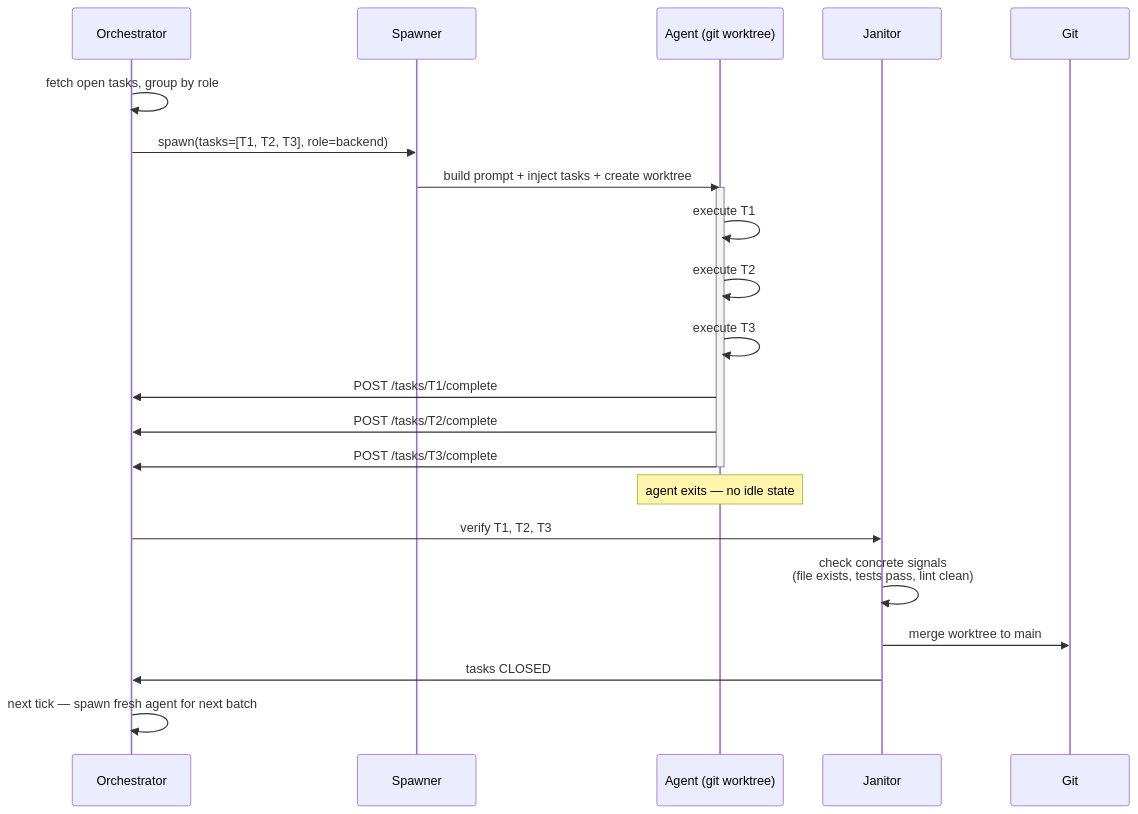
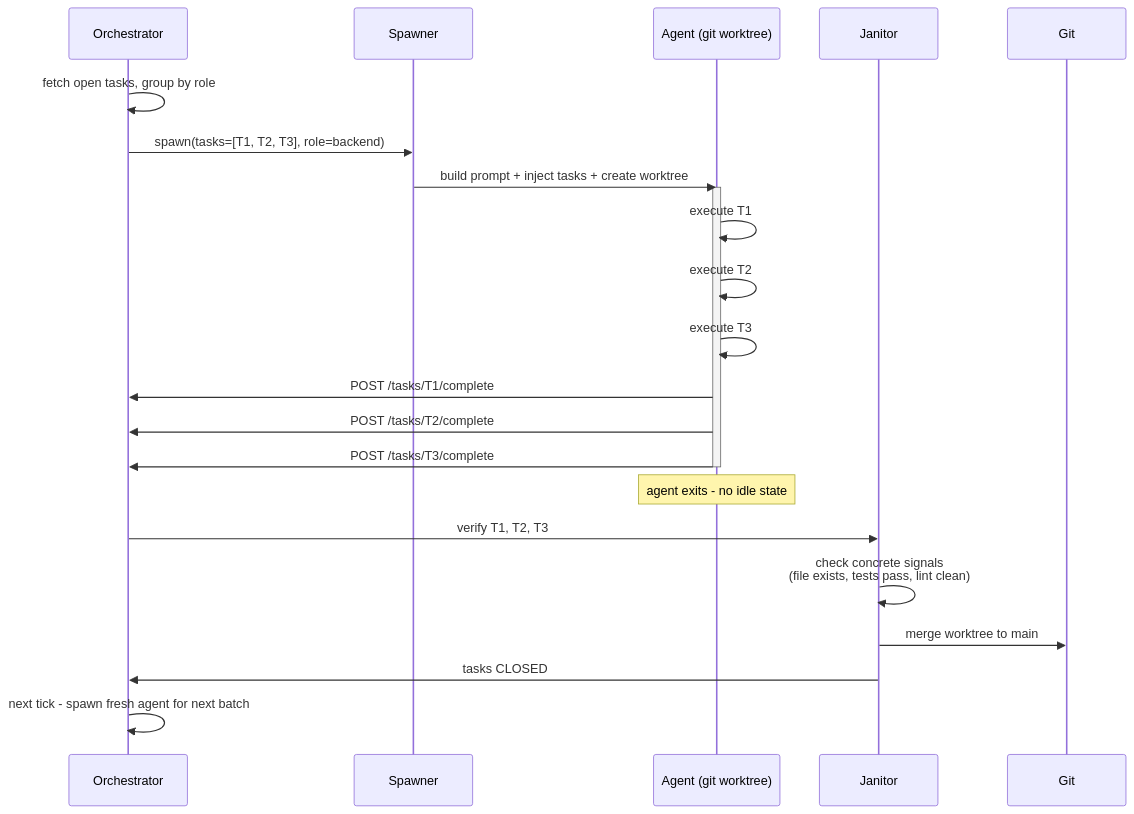
One commit to chernistry/bernstein changed the fifth of 5 diagrams in docs/architecture/orchestration-approaches.md. Above: the diagram before and after it, drawn with Mermaid. The commit also changed other lines of this file and 445 other files, not shown here.

````diff
--- a/docs/architecture/orchestration-approaches.md
+++ b/docs/architecture/orchestration-approaches.md
@@ -133,28 +133,28 @@
 ```mermaid
 sequenceDiagram
     participant O as Orchestrator
     participant S as Spawner
     participant A as Agent (git worktree)
     participant J as Janitor
     participant G as Git
 
     O->>O: fetch open tasks, group by role
     O->>S: spawn(tasks=[T1, T2, T3], role=backend)
     S->>A: build prompt + inject tasks + create worktree
     activate A
     A->>A: execute T1
     A->>A: execute T2
     A->>A: execute T3
     A->>O: POST /tasks/T1/complete
     A->>O: POST /tasks/T2/complete
     A->>O: POST /tasks/T3/complete
     deactivate A
-    Note over A: agent exits — no idle state
+    Note over A: agent exits - no idle state
 
     O->>J: verify T1, T2, T3
     J->>J: check concrete signals<br/>(file exists, tests pass, lint clean)
     J->>G: merge worktree to main
     J->>O: tasks CLOSED
 
-    O->>O: next tick — spawn fresh agent for next batch
+    O->>O: next tick - spawn fresh agent for next batch
 ```
````
